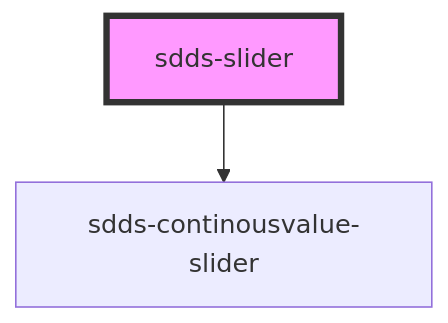
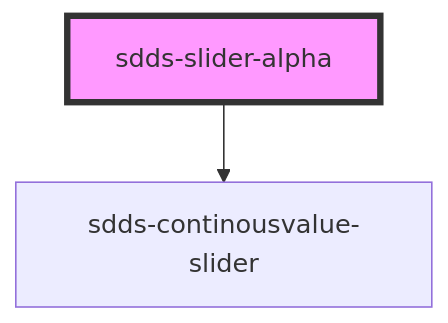
One commit to scania-digital-design-system/sdds changed the diagram in components/src/alpha/slider/readme.md. Above: the diagram before and after it, drawn with Mermaid. The commit also changed 7 other files, not shown here.

````diff
--- a/components/src/alpha/slider/readme.md
+++ b/components/src/alpha/slider/readme.md
@@ -24,5 +24,5 @@
 ```mermaid
 graph TD;
-  sdds-slider --> sdds-continousvalue-slider
-  style sdds-slider fill:#f9f,stroke:#333,stroke-width:4px
+  sdds-slider-alpha --> sdds-continousvalue-slider
+  style sdds-slider-alpha fill:#f9f,stroke:#333,stroke-width:4px
 ```
````
